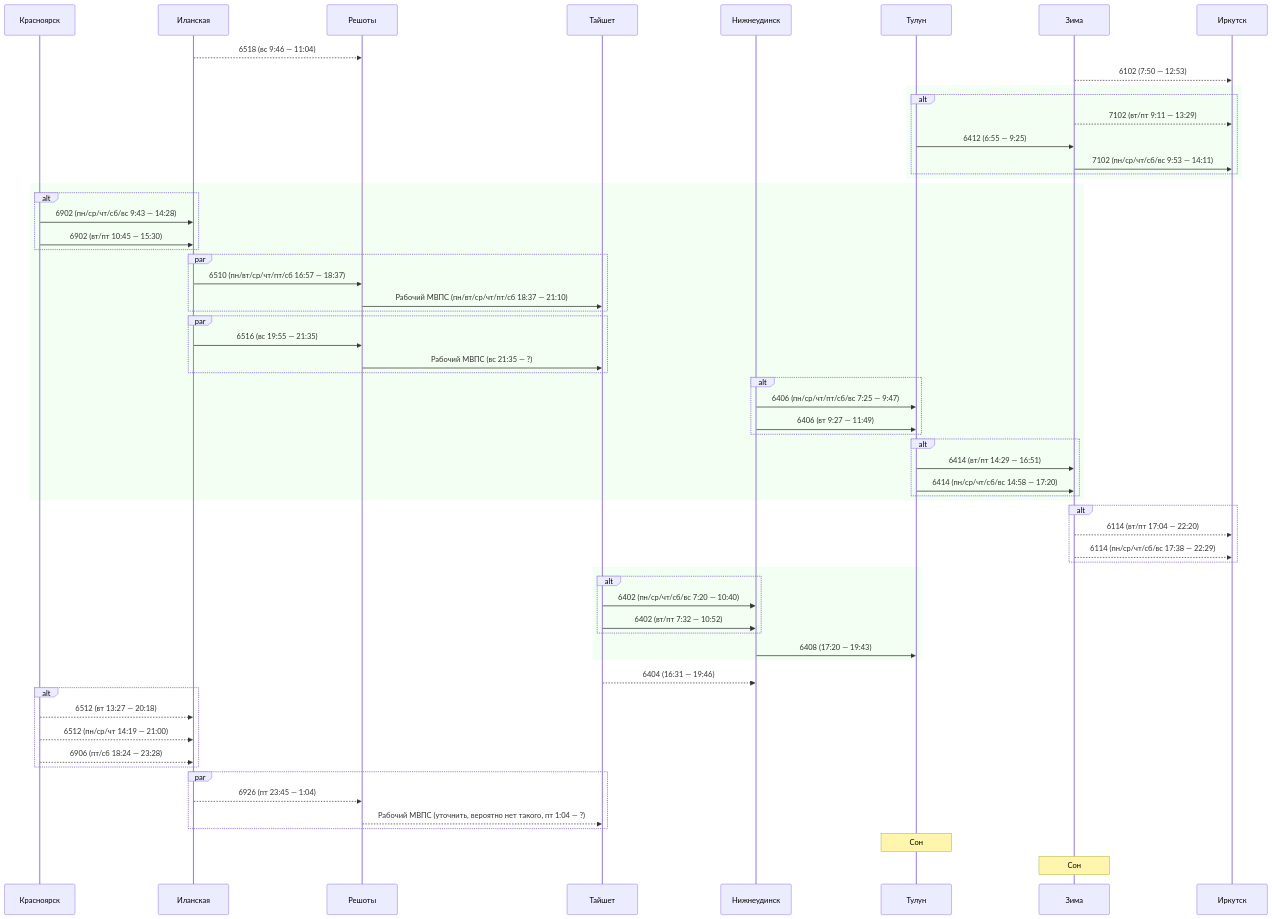
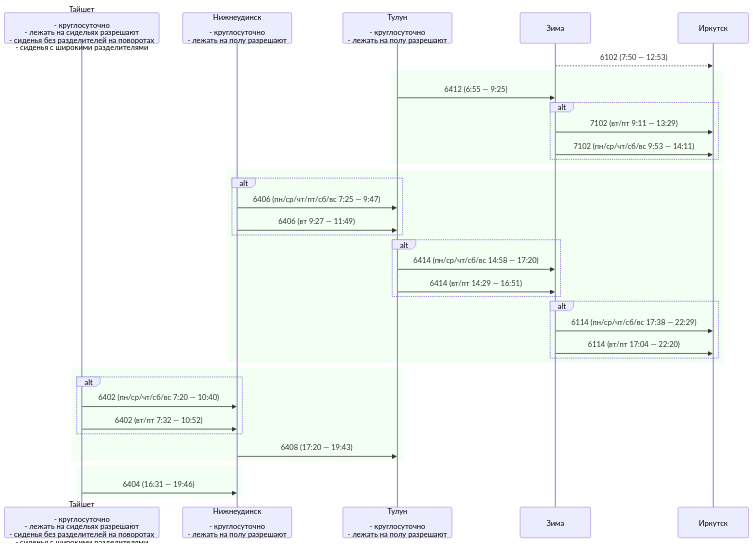
One commit to u0feff/Pezda changed diagram 12 of 18 in Schedule/Eastbound.md. Above: the diagram before and after it, drawn with Mermaid. The commit also changed other lines of this file and 7 other files, not shown here.

````diff
--- a/Schedule/Eastbound.md
+++ b/Schedule/Eastbound.md
@@ -423,74 +459,45 @@
 ```mermaid
 sequenceDiagram
-    participant Красноярск
-    participant Иланская
-    participant Решоты
-    participant Тайшет
-    participant Нижнеудинск
-    participant Тулун
+    participant Тайшет as Тайшет<br><br>- круглосуточно<br>- лежать на сидельях разрешают<br>- сиденья без разделителей на поворотах<br>- сиденья с широкими разделителями
+    participant Нижнеудинск as Нижнеудинск<br><br>- круглосуточно<br>- лежать на полу разрешают
+    participant Тулун as Тулун<br><br>- круглосуточно<br>- лежать на полу разрешают
     participant Зима
     participant Иркутск
-
-    Иланская-->>Решоты: 6518 (вс 9:46 — 11:04)
 
     Зима-->>Иркутск: 6102 (7:50 — 12:53)
 
     rect rgba(0, 255, 0, 0.05)
+    Тулун->>Зима: 6412 (6:55 — 9:25)
     alt
-    Зима-->>Иркутск: 7102 (вт/пт 9:11 — 13:29)
-
-    Тулун->>Зима: 6412 (6:55 — 9:25)
+    Зима->>Иркутск: 7102 (вт/пт 9:11 — 13:29)
     Зима->>Иркутск: 7102 (пн/ср/чт/сб/вс 9:53 — 14:11)
     end
     end
 
     rect rgba(0, 255, 0, 0.05)
     alt
-    Красноярск->>Иланская: 6902 (пн/ср/чт/сб/вс 9:43 — 14:28)
-    Красноярск->>Иланская: 6902 (вт/пт 10:45 — 15:30)
-    end
-    par
-    Иланская->>Решоты: 6510 (пн/вт/ср/чт/пт/сб 16:57 — 18:37)
-    Решоты->>Тайшет: Рабочий МВПС (пн/вт/ср/чт/пт/сб 18:37 — 21:10)
-    end
-    par
-    Иланская->>Решоты: 6516 (вс 19:55 — 21:35)
-    Решоты->>Тайшет: Рабочий МВПС (вс 21:35 — ?)
-    end
-    alt
     Нижнеудинск->>Тулун: 6406 (пн/ср/чт/пт/сб/вс 7:25 — 9:47)
     Нижнеудинск->>Тулун: 6406 (вт 9:27 — 11:49)
     end
     alt
+    Тулун->>Зима: 6414 (пн/ср/чт/сб/вс 14:58 — 17:20)
     Тулун->>Зима: 6414 (вт/пт 14:29 — 16:51)
-    Тулун->>Зима: 6414 (пн/ср/чт/сб/вс 14:58 — 17:20)
-    end
     end
     alt
-    Зима-->>Иркутск: 6114 (вт/пт 17:04 — 22:20)
-    Зима-->>Иркутск: 6114 (пн/ср/чт/сб/вс 17:38 — 22:29)
+    Зима->>Иркутск: 6114 (пн/ср/чт/сб/вс 17:38 — 22:29)
+    Зима->>Иркутск: 6114 (вт/пт 17:04 — 22:20)
+    end
     end
 
     rect rgba(0, 255, 0, 0.05)
     alt
     Тайшет->>Нижнеудинск: 6402 (пн/ср/чт/сб/вс 7:20 — 10:40)
     Тайшет->>Нижнеудинск: 6402 (вт/пт 7:32 — 10:52)
     end
     Нижнеудинск->>Тулун: 6408 (17:20 — 19:43)
     end
 
-    Тайшет-->>Нижнеудинск: 6404 (16:31 — 19:46)
-
-    alt
-    Красноярск-->>Иланская: 6512 (вт 13:27 — 20:18)
-    Красноярск-->>Иланская: 6512 (пн/ср/чт 14:19 — 21:00)
-    Красноярск-->>Иланская: 6906 (пт/сб 18:24 — 23:28)
+    rect rgba(0, 255, 0, 0.05)
+    Тайшет->>Нижнеудинск: 6404 (16:31 — 19:46)
     end
-    par
-    Иланская-->>Решоты: 6926 (пт 23:45 — 1:04)
-    Решоты-->>Тайшет: Рабочий МВПС (уточнить, вероятно нет такого, пт 1:04 — ?)
-    end
-
-    Note over Тулун: Сон
-    Note over Зима: Сон
 ```
````
